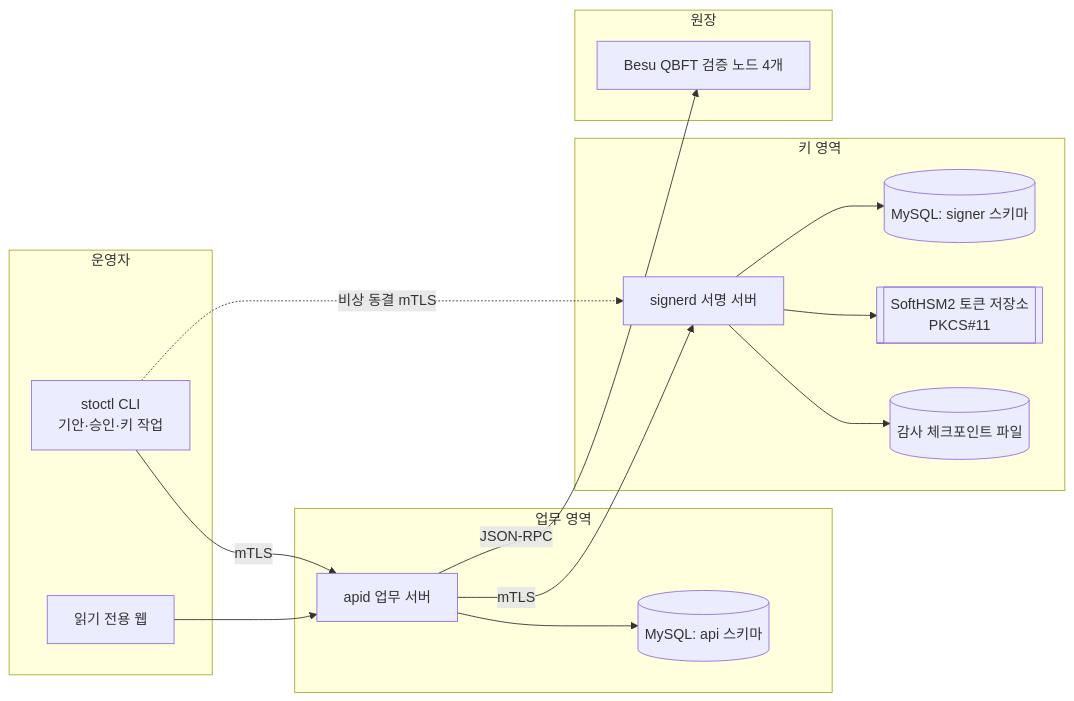
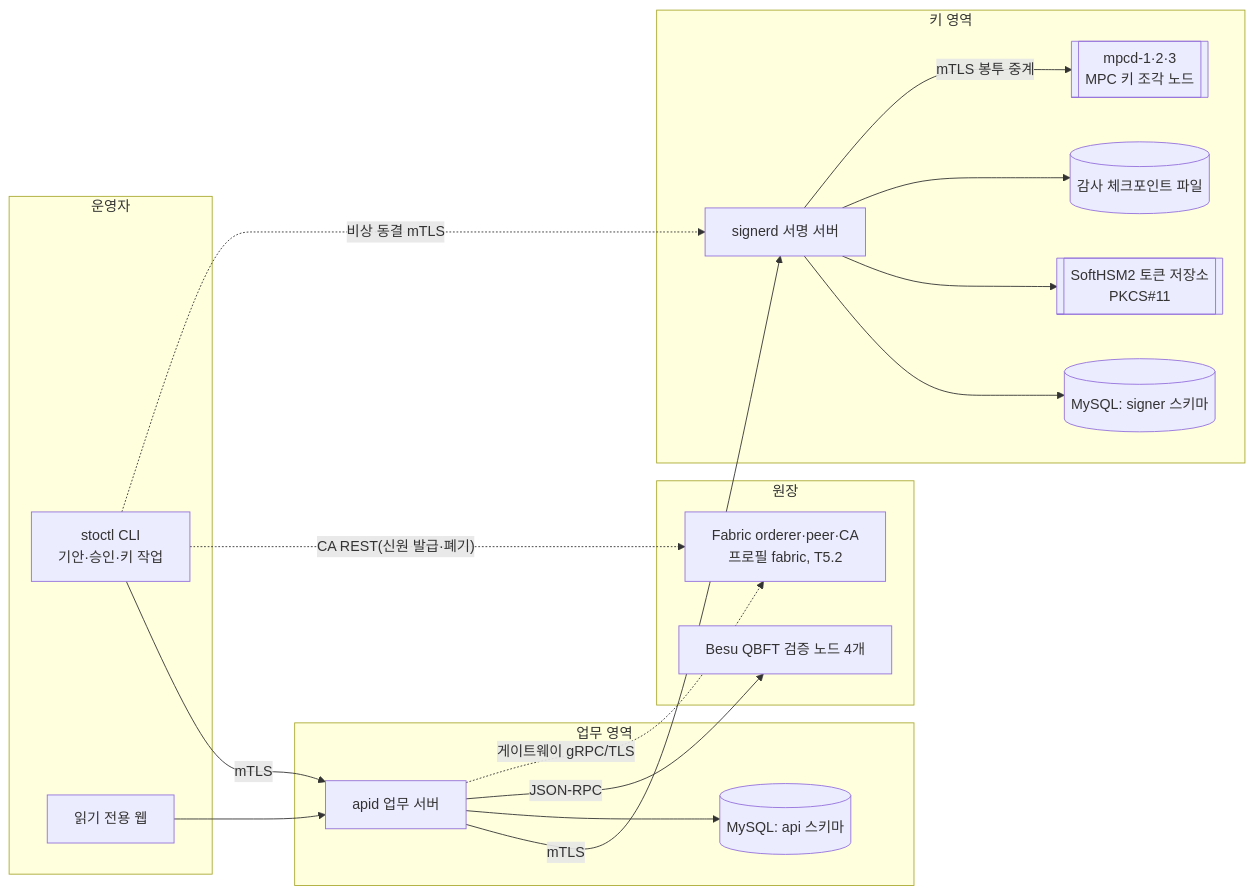
One commit to nrstyle14/sto-key-management-signing-mvp changed the first of 3 diagrams in docs/02_개발설계서.md. Above: the diagram before and after it, drawn with Mermaid. The commit also changed other lines of this file and 87 other files, not shown here.

First line of the commit message:
feat: T5.1 MPC 서명기와 T5.2 Fabric 어댑터 구현

````diff
--- a/docs/02_개발설계서.md
+++ b/docs/02_개발설계서.md
@@ -19,29 +19,34 @@
 ```mermaid
 flowchart LR
   subgraph 운영자
     CLI[stoctl CLI<br/>기안·승인·키 작업]
     WEB[읽기 전용 웹]
   end
   subgraph 업무 영역
     API[apid 업무 서버]
     ADB[(MySQL: api 스키마)]
   end
   subgraph 키 영역
     SIG[signerd 서명 서버]
     SDB[(MySQL: signer 스키마)]
     HSM[[SoftHSM2 토큰 저장소<br/>PKCS#11]]
     CKP[(감사 체크포인트 파일)]
+    MPC1[[mpcd-1·2·3<br/>MPC 키 조각 노드]]
   end
   subgraph 원장
     BESU[Besu QBFT 검증 노드 4개]
+    FAB[Fabric orderer·peer·CA<br/>프로필 fabric, T5.2]
   end
   CLI -- mTLS --> API
   WEB --> API
   API -- mTLS --> SIG
   API --> ADB
   API -- JSON-RPC --> BESU
   SIG --> SDB
   SIG --> HSM
   SIG --> CKP
+  SIG -- mTLS 봉투 중계 --> MPC1
+  API -. 게이트웨이 gRPC/TLS .-> FAB
+  CLI -. CA REST(신원 발급·폐기) .-> FAB
   CLI -. 비상 동결 mTLS .-> SIG
 ```
````
